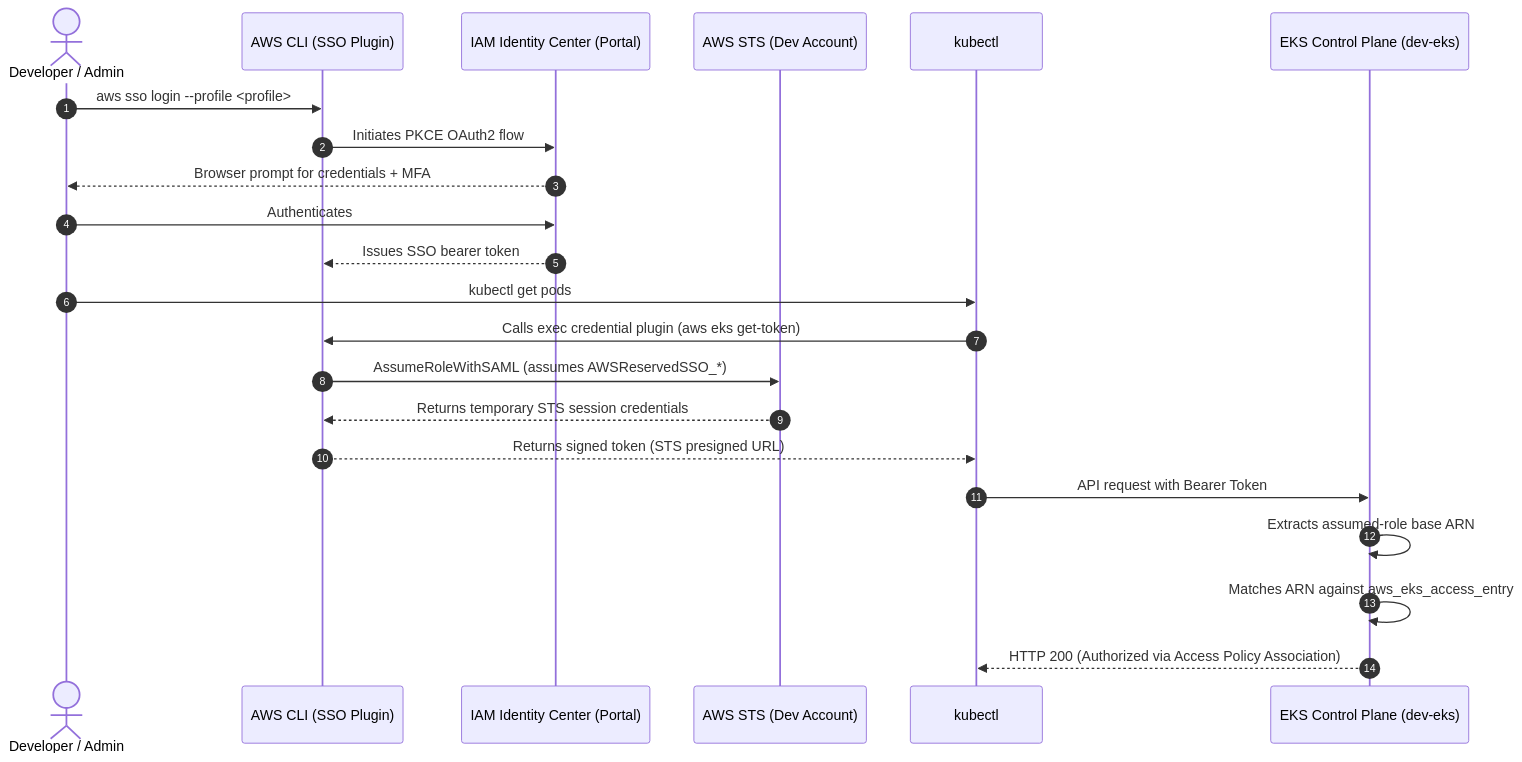
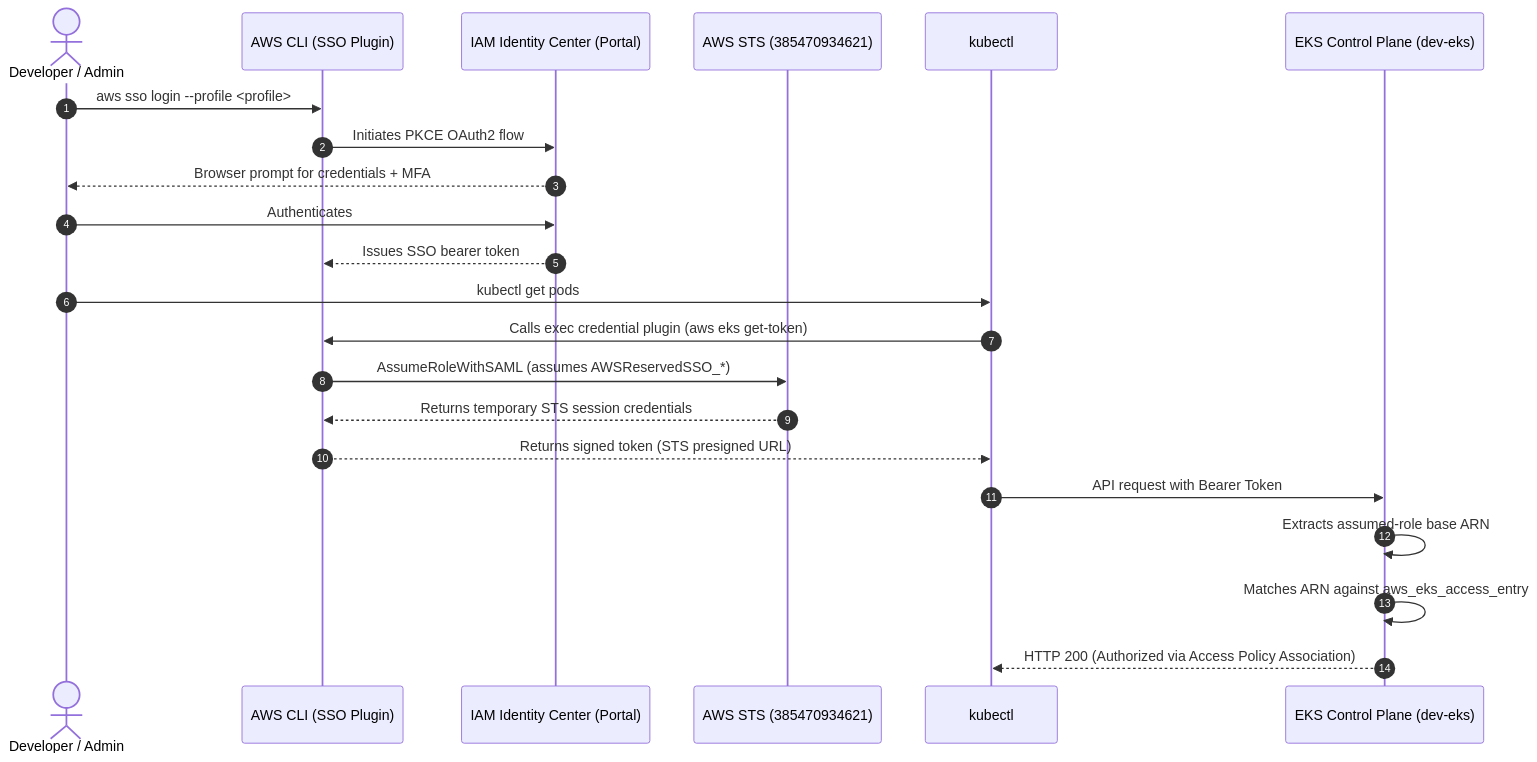
Before and after one commit to ericmolinam/aws-projects: the second of 2 diagrams in lab-aws-eks/README.md, drawn with Mermaid. The commit also changed other lines of this file, not shown here.

Commit message:
refactor: improve clarity and consistency in README architecture diagrams and descriptions

````diff
--- a/lab-aws-eks/README.md
+++ b/lab-aws-eks/README.md
@@ -86,26 +82,26 @@
 ```mermaid
 sequenceDiagram
     autonumber
     actor User as Developer / Admin
     participant CLI as AWS CLI (SSO Plugin)
     participant SSO as IAM Identity Center (Portal)
-    participant STS as AWS STS (Dev Account)
+    participant STS as AWS STS (385470934621)
     participant K8s as kubectl
     participant EKS as EKS Control Plane (dev-eks)
 
     User->>CLI: aws sso login --profile <profile>
     CLI->>SSO: Initiates PKCE OAuth2 flow
     SSO-->>User: Browser prompt for credentials + MFA
     User->>SSO: Authenticates
     SSO-->>CLI: Issues SSO bearer token
     
     User->>K8s: kubectl get pods
     K8s->>CLI: Calls exec credential plugin (aws eks get-token)
     CLI->>STS: AssumeRoleWithSAML (assumes AWSReservedSSO_*)
     STS-->>CLI: Returns temporary STS session credentials
     CLI-->>K8s: Returns signed token (STS presigned URL)
     K8s->>EKS: API request with Bearer Token
     EKS->>EKS: Extracts assumed-role base ARN
     EKS->>EKS: Matches ARN against aws_eks_access_entry
     EKS-->>K8s: HTTP 200 (Authorized via Access Policy Association)
 ```
````
